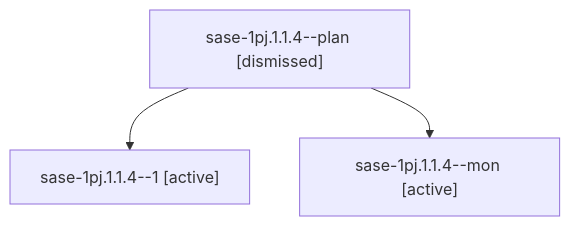
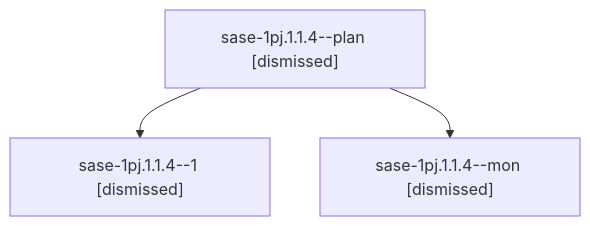
One commit to sase-org/sase--agents changed the diagram in sessions/bbugyi200.athena.sase-1pj.1.1.4.md. Above: the diagram before and after it, drawn with Mermaid. The commit also changed other lines of this file and 258 other files, not shown here.

````diff
--- a/sessions/bbugyi200.athena.sase-1pj.1.1.4.md
+++ b/sessions/bbugyi200.athena.sase-1pj.1.1.4.md
@@ -9,8 +9,8 @@
 ```mermaid
 flowchart TD
   n0["sase-1pj.1.1.4--plan [dismissed]"]
-  n1["sase-1pj.1.1.4--1 [active]"]
+  n1["sase-1pj.1.1.4--1 [dismissed]"]
   n0 --> n1
-  n2["sase-1pj.1.1.4--mon [active]"]
+  n2["sase-1pj.1.1.4--mon [dismissed]"]
   n0 --> n2
 ```
````
